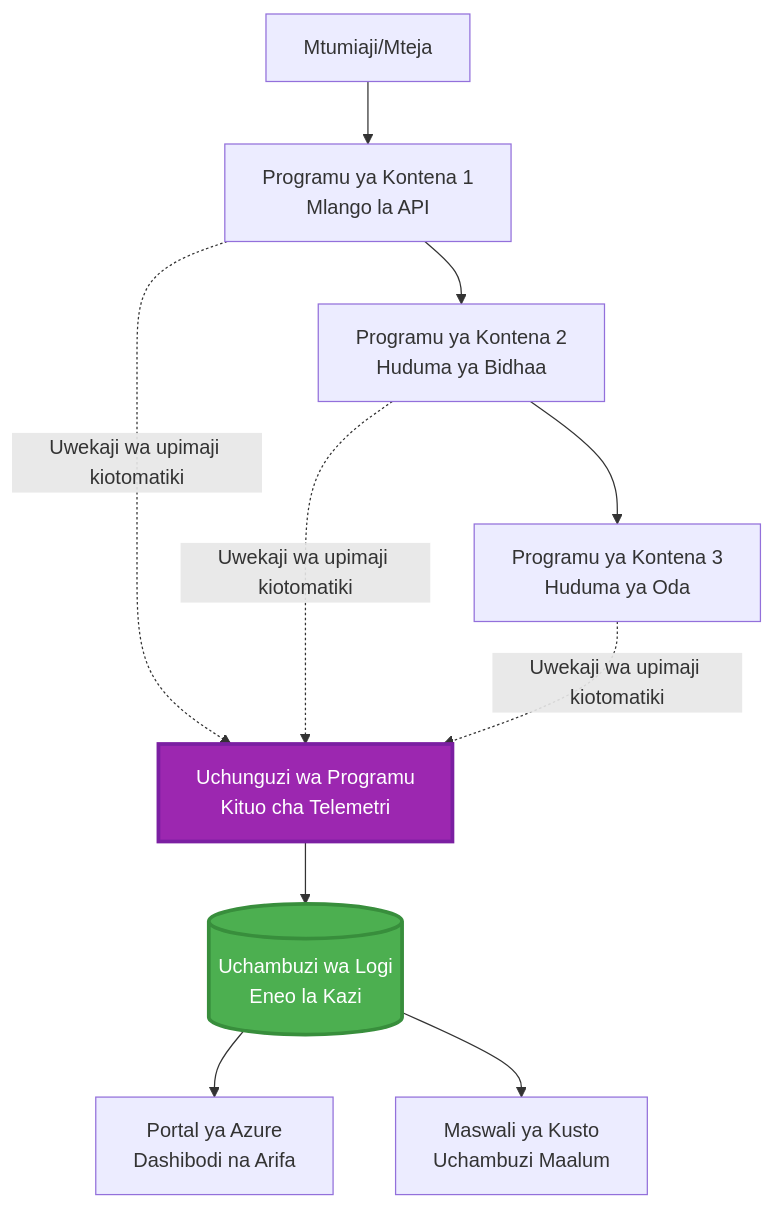
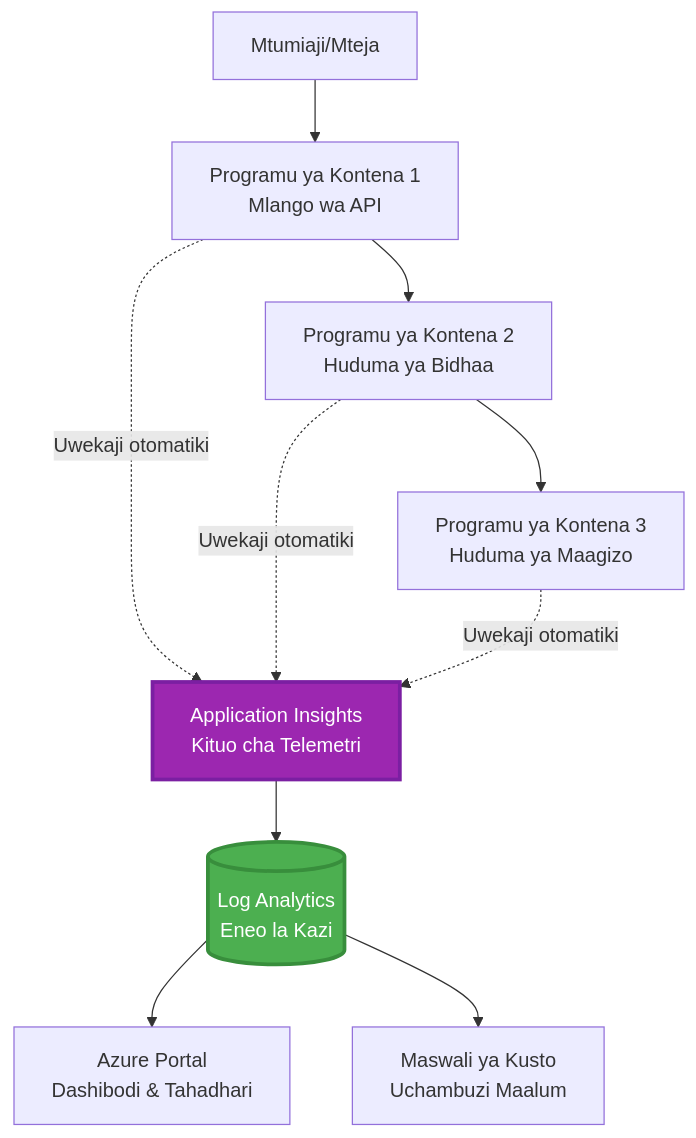
Before and after one commit to microsoft/AZD-for-beginners: the first of 2 diagrams in translations/sw/docs/chapter-06-pre-deployment/application-insights.md, drawn with Mermaid. The commit also changed other lines of this file and 101 other files, not shown here.

````diff
--- a/translations/sw/docs/chapter-06-pre-deployment/application-insights.md
+++ b/translations/sw/docs/chapter-06-pre-deployment/application-insights.md
@@ -58,28 +58,28 @@
 ```mermaid
 graph TB
     User[Mtumiaji/Mteja]
-    App1[Programu ya Kontena 1<br/>Mlango la API]
+    App1[Programu ya Kontena 1<br/>Mlango wa API]
     App2[Programu ya Kontena 2<br/>Huduma ya Bidhaa]
-    App3[Programu ya Kontena 3<br/>Huduma ya Oda]
+    App3[Programu ya Kontena 3<br/>Huduma ya Maagizo]
     
-    AppInsights[Uchunguzi wa Programu<br/>Kituo cha Telemetri]
-    LogAnalytics[(Uchambuzi wa Logi<br/>Eneo la Kazi)]
+    AppInsights[Application Insights<br/>Kituo cha Telemetri]
+    LogAnalytics[(Log Analytics<br/>Eneo la Kazi)]
     
-    Portal[Portal ya Azure<br/>Dashibodi na Arifa]
+    Portal[Azure Portal<br/>Dashibodi & Tahadhari]
     Query[Maswali ya Kusto<br/>Uchambuzi Maalum]
     
     User --> App1
     App1 --> App2
     App2 --> App3
     
-    App1 -.->|Uwekaji wa upimaji kiotomatiki| AppInsights
-    App2 -.->|Uwekaji wa upimaji kiotomatiki| AppInsights
-    App3 -.->|Uwekaji wa upimaji kiotomatiki| AppInsights
+    App1 -.->|Uwekaji otomatiki| AppInsights
+    App2 -.->|Uwekaji otomatiki| AppInsights
+    App3 -.->|Uwekaji otomatiki| AppInsights
     
     AppInsights --> LogAnalytics
     LogAnalytics --> Portal
     LogAnalytics --> Query
     
     style AppInsights fill:#9C27B0,stroke:#7B1FA2,stroke-width:3px,color:#fff
     style LogAnalytics fill:#4CAF50,stroke:#388E3C,stroke-width:3px,color:#fff
 ```
````
